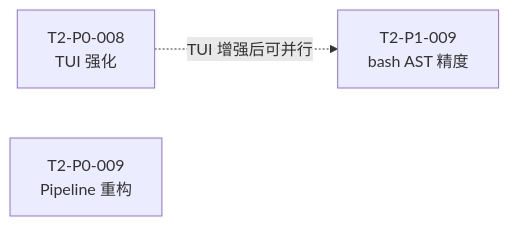
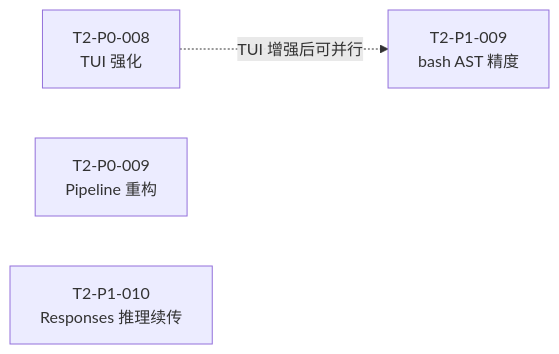
Before and after one commit to teisun/tomcat-agent: the diagram in tomcat/agents/TASK_BOARD_002/README.md, drawn with Mermaid. The commit also changed other lines of this file and 24 other files, not shown here.

````diff
--- a/tomcat/agents/TASK_BOARD_002/README.md
+++ b/tomcat/agents/TASK_BOARD_002/README.md
@@ -42,8 +43,10 @@
 ```mermaid
 flowchart LR
     P008[T2-P0-008<br/>TUI 强化]
     P009[T2-P0-009<br/>Pipeline 重构]
     P109[T2-P1-009<br/>bash AST 精度]
+    P110[T2-P1-010<br/>Responses 推理续传]
     P008 -.->|TUI 增强后可并行| P109
     P009
+    P110
 ```
````
